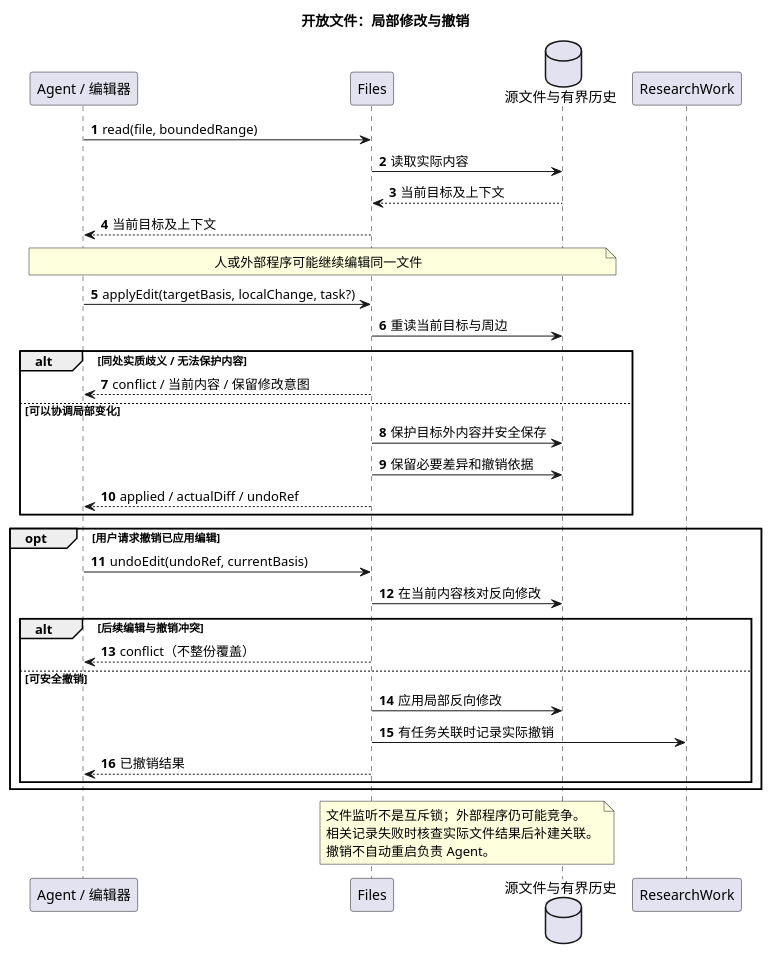
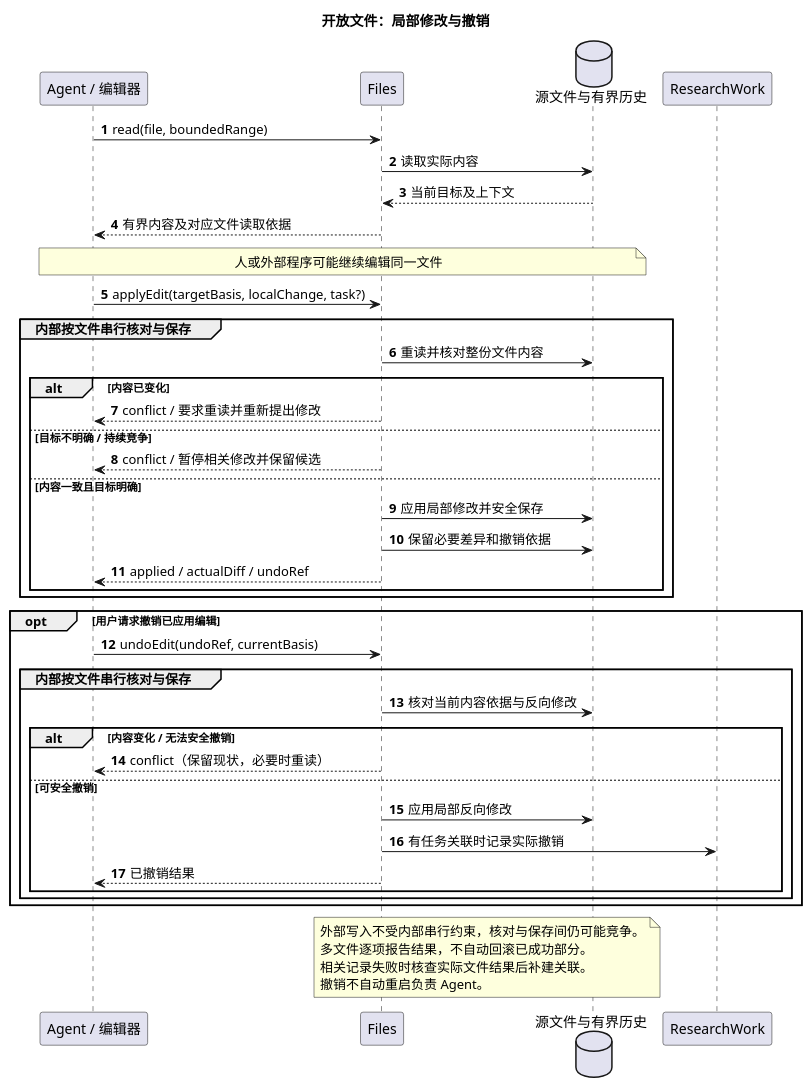
Before and after one commit to leike0813/Scholoom: the diagram in docs/diagrams/local-edit.puml, drawn with PlantUML. The commit also changed 34 other files, not shown here.

Commit message:
plan: initial spec & implementation roadmap

```diff
--- a/docs/diagrams/local-edit.puml
+++ b/docs/diagrams/local-edit.puml
@@ -1,40 +1,47 @@
 @startuml
 title 开放文件：局部修改与撤销
 skinparam defaultFontName Microsoft YaHei
 skinparam shadowing false
 autonumber
 participant "Agent / 编辑器" as Caller
 participant "Files" as Files
 database "源文件与有界历史" as Disk
 participant "ResearchWork" as Work
 Caller -> Files : read(file, boundedRange)
 Files -> Disk : 读取实际内容
 Disk --> Files : 当前目标及上下文
-Files --> Caller : 当前目标及上下文
+Files --> Caller : 有界内容及对应文件读取依据
 note over Caller,Disk : 人或外部程序可能继续编辑同一文件
 Caller -> Files : applyEdit(targetBasis, localChange, task?)
-Files -> Disk : 重读当前目标与周边
-alt 同处实质歧义 / 无法保护内容
-  Files --> Caller : conflict / 当前内容 / 保留修改意图
-else 可以协调局部变化
-  Files -> Disk : 保护目标外内容并安全保存
-  Files -> Disk : 保留必要差异和撤销依据
-  Files --> Caller : applied / actualDiff / undoRef
+group 内部按文件串行核对与保存
+  Files -> Disk : 重读并核对整份文件内容
+  alt 内容已变化
+    Files --> Caller : conflict / 要求重读并重新提出修改
+  else 目标不明确 / 持续竞争
+    Files --> Caller : conflict / 暂停相关修改并保留候选
+  else 内容一致且目标明确
+    Files -> Disk : 应用局部修改并安全保存
+    Files -> Disk : 保留必要差异和撤销依据
+    Files --> Caller : applied / actualDiff / undoRef
+  end
 end
 opt 用户请求撤销已应用编辑
   Caller -> Files : undoEdit(undoRef, currentBasis)
-  Files -> Disk : 在当前内容核对反向修改
-  alt 后续编辑与撤销冲突
-    Files --> Caller : conflict（不整份覆盖）
-  else 可安全撤销
-    Files -> Disk : 应用局部反向修改
-    Files -> Work : 有任务关联时记录实际撤销
-    Files --> Caller : 已撤销结果
+  group 内部按文件串行核对与保存
+    Files -> Disk : 核对当前内容依据与反向修改
+    alt 内容变化 / 无法安全撤销
+      Files --> Caller : conflict（保留现状，必要时重读）
+    else 可安全撤销
+      Files -> Disk : 应用局部反向修改
+      Files -> Work : 有任务关联时记录实际撤销
+      Files --> Caller : 已撤销结果
+    end
   end
 end
 note over Files,Disk
-  文件监听不是互斥锁；外部程序仍可能竞争。
+  外部写入不受内部串行约束，核对与保存间仍可能竞争。
+  多文件逐项报告结果，不自动回滚已成功部分。
   相关记录失败时核查实际文件结果后补建关联。
   撤销不自动重启负责 Agent。
 end note
 @enduml
```
